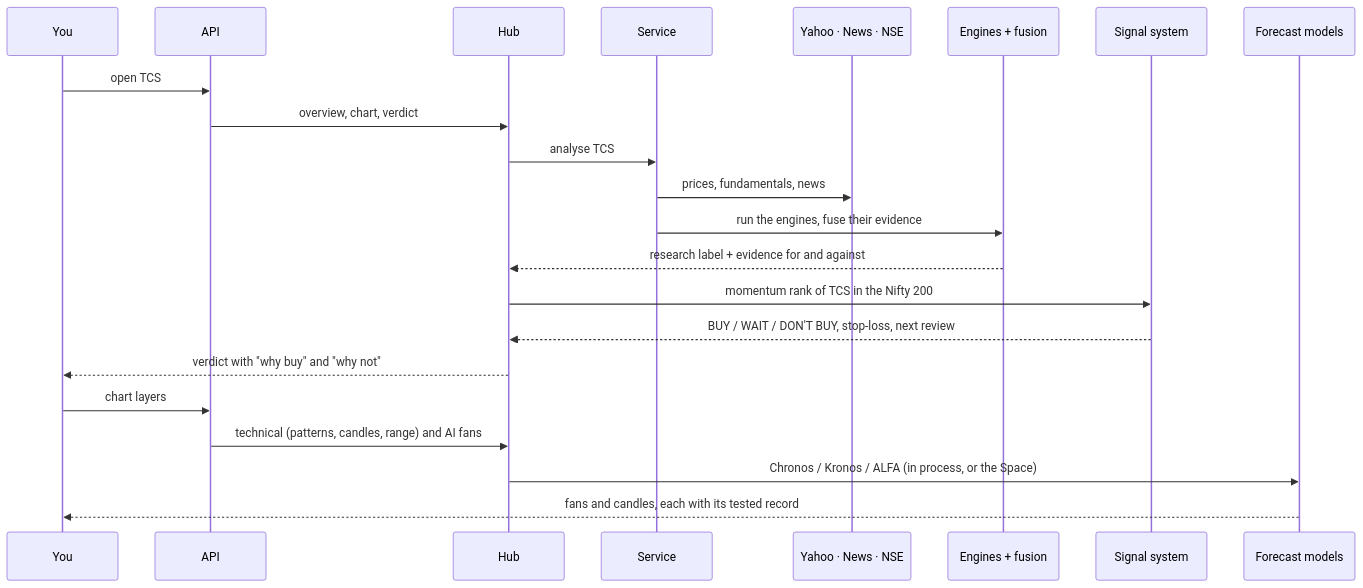
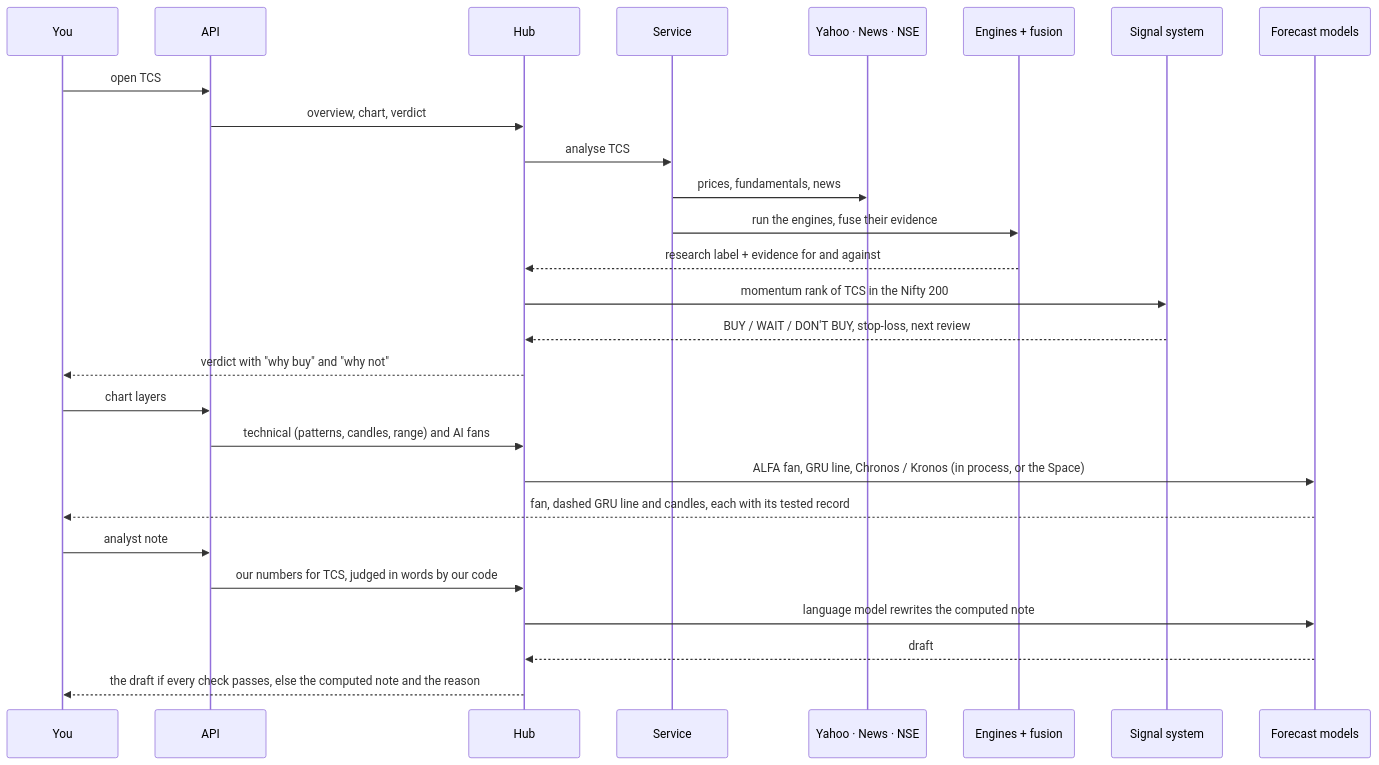
Before and after one commit to Kapurrrishabh/ALFA-Adaptive-Learning-Framework-for-Agents: the second of 4 diagrams in docs/ARCHITECTURE.md, drawn with Mermaid. The commit also changed other lines of this file and 27 other files, not shown here.

First line of the commit message:
Add our path GRU and the checked analyst note, and document the merged project

````diff
--- a/docs/ARCHITECTURE.md
+++ b/docs/ARCHITECTURE.md
@@ -38,24 +38,29 @@
 ```mermaid
 sequenceDiagram
   participant U as You
   participant A as API
   participant H as Hub
   participant S as Service
   participant D as Yahoo · News · NSE
   participant E as Engines + fusion
   participant G as Signal system
   participant F as Forecast models
   U->>A: open TCS
   A->>H: overview, chart, verdict
   H->>S: analyse TCS
   S->>D: prices, fundamentals, news
   S->>E: run the engines, fuse their evidence
   E-->>H: research label + evidence for and against
   H->>G: momentum rank of TCS in the Nifty 200
   G-->>H: BUY / WAIT / DON'T BUY, stop-loss, next review
   H-->>U: verdict with "why buy" and "why not"
   U->>A: chart layers
   A->>H: technical (patterns, candles, range) and AI fans
-  H->>F: Chronos / Kronos / ALFA (in process, or the Space)
-  F-->>U: fans and candles, each with its tested record
+  H->>F: ALFA fan, GRU line, Chronos / Kronos (in process, or the Space)
+  F-->>U: fan, dashed GRU line and candles, each with its tested record
+  U->>A: analyst note
+  A->>H: our numbers for TCS, judged in words by our code
+  H->>F: language model rewrites the computed note
+  F-->>H: draft
+  H-->>U: the draft if every check passes, else the computed note and the reason
 ```
````
